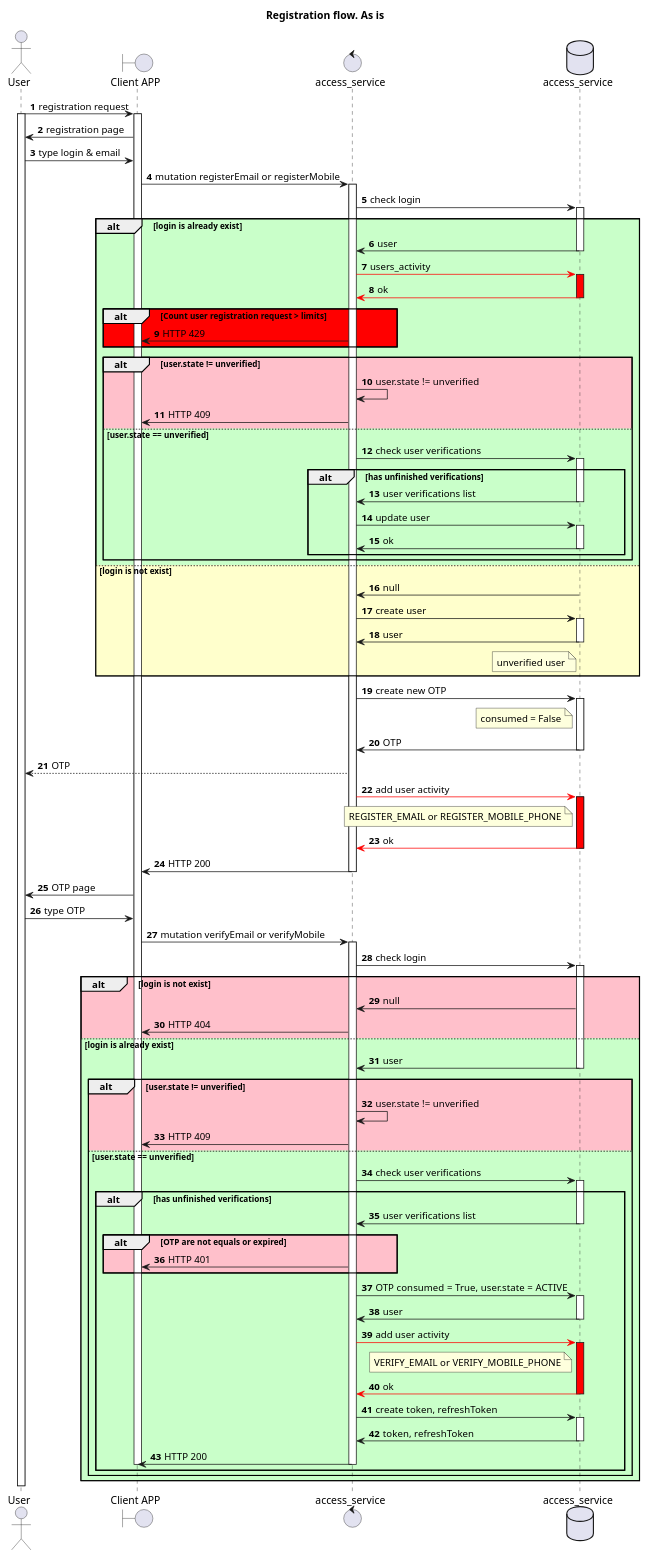
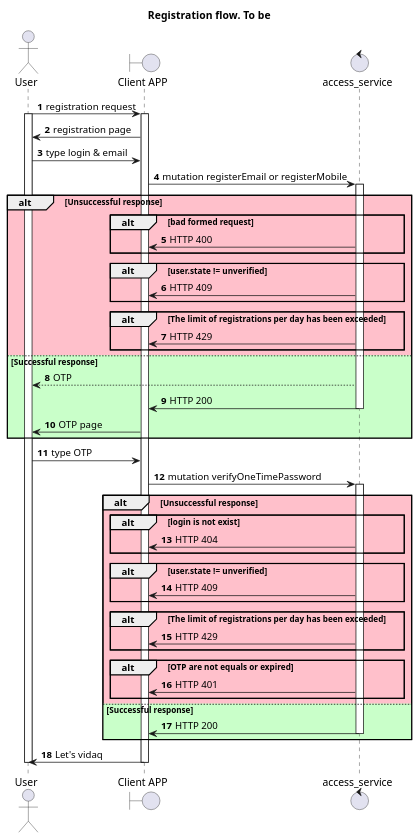
One commit to algruwork/work changed the diagram in schemas/registration_flow_to_be.puml. Above: the diagram before and after it, drawn with PlantUML.

Commit message:
simplify registration_flow_to_be.puml

```diff
--- a/schemas/registration_flow_to_be.puml
+++ b/schemas/registration_flow_to_be.puml
@@ -1,128 +1,73 @@
 @startuml
 
-title "Registration flow. As is"
+title "Registration flow. To be"
 
 actor User as U
 boundary "Client APP" as GUI
 control "access_service" as AC
-database "access_service" as DB
 
 autonumber
 
 U -> GUI: registration request
 activate U
 activate GUI
 GUI -> U: registration page
 U -> GUI: type login & email
 GUI -> AC: mutation registerEmail or registerMobile
 activate AC
-AC -> DB: check login
-activate DB
-alt #Technology login is already exist
-AC <- DB: user
-deactivate DB
-AC [#RED]-> DB: users_activity
-activate DB #Red
-DB [#RED]-> AC: ok
-deactivate DB
-alt #Red Count user registration request > limits
+
+
+alt #Pink Unsuccessful response
+
+alt #Pink bad formed request
+AC -> GUI: HTTP 400
+end
+
+alt #Pink user.state != unverified
+AC -> GUI: HTTP 409
+end
+
+alt #Pink The limit of registrations per day has been exceeded
 AC -> GUI: HTTP 429
 end
-alt #Pink user.state != unverified
-AC -> AC: user.state != unverified
-AC -> GUI: HTTP 409
-else #Technology user.state == unverified
-AC -> DB: check user verifications
-activate DB
-alt #Technology has unfinished verifications
-AC <- DB: user verifications list
-deactivate DB
-AC -> DB: update user
-activate DB
-AC <- DB: ok
-deactivate DB
-end
-end
-else #Business login is not exist
-DB -> AC: null
 
-
-AC -> DB: create user
-activate DB
-
-AC <- DB: user
-note left DB
-unverified user
-end note
-deactivate DB
-end
-AC -> DB: create new OTP
-activate DB
-note left DB
-consumed = False
-end note
-AC <- DB: OTP
-deactivate DB
+else #Technology Successful response
 AC --> U: OTP
-AC [#RED]-> DB: add user activity
-activate DB #RED
-note left DB
-REGISTER_EMAIL or REGISTER_MOBILE_PHONE
-end note
-DB [#RED]-> AC: ok
-deactivate DB
 AC -> GUI: HTTP 200
 deactivate AC
 
+GUI -> U: OTP page
+end
 
-GUI -> U: OTP page
 U -> GUI: type OTP
-GUI -> AC: mutation verifyEmail or verifyMobile
+GUI -> AC: mutation verifyOneTimePassword
 activate AC
-AC -> DB: check login
-activate DB
 
+alt #Pink Unsuccessful response
 alt #Pink login is not exist
-DB -> AC: null
 AC -> GUI: HTTP 404
-else #Technology login is already exist
-AC <- DB: user
-deactivate DB
+end
 
 alt #Pink user.state != unverified
-AC -> AC: user.state != unverified
 AC -> GUI: HTTP 409
-else #Technology user.state == unverified
-AC -> DB: check user verifications
-activate DB
-alt #Technology has unfinished verifications
-AC <- DB: user verifications list
-deactivate DB
+end
+
+alt #Pink The limit of registrations per day has been exceeded
+AC -> GUI: HTTP 429
+end
+
 alt #Pink OTP are not equals or expired
 AC -> GUI: HTTP 401
 end
-AC -> DB: OTP consumed = True, user.state = ACTIVE
-activate DB
-DB -> AC: user
-deactivate DB
 
-AC [#RED]-> DB: add user activity
-activate DB #RED
-note left DB
-VERIFY_EMAIL or VERIFY_MOBILE_PHONE
-end note
-DB [#RED]-> AC: ok
-deactivate DB
-
-AC -> DB: create token, refreshToken
-activate DB
-DB -> AC: token, refreshToken
-deactivate DB
+else #Technology Successful response
 AC -> GUI: HTTP 200
 deactivate AC
+end
+
+GUI -> U: Let's vidaq
 deactivate GUI
-end
-end
-end
 deactivate U
+
+
 @enduml
```
